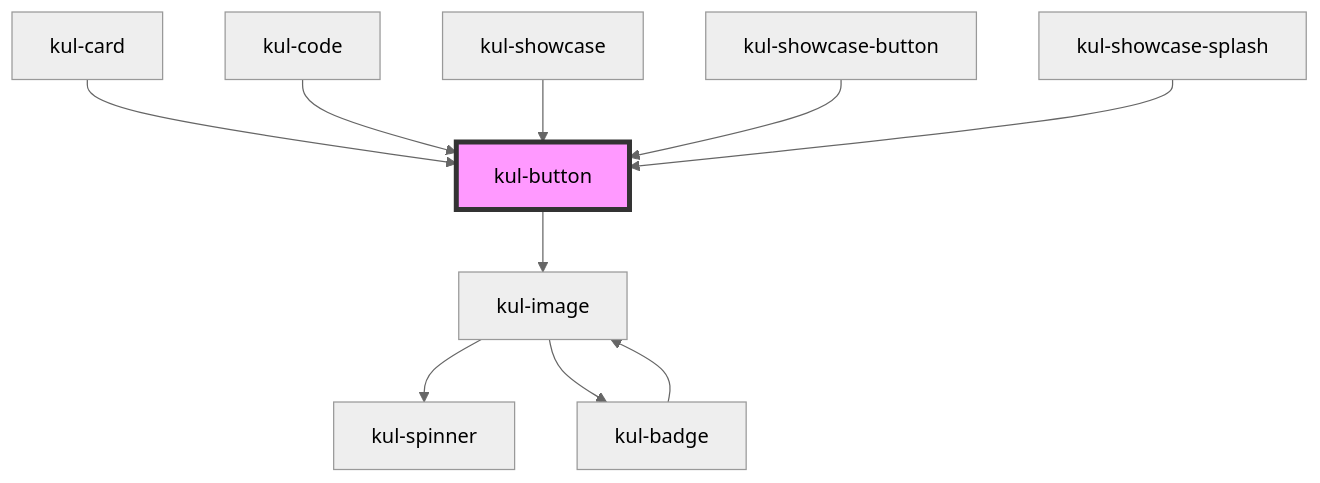
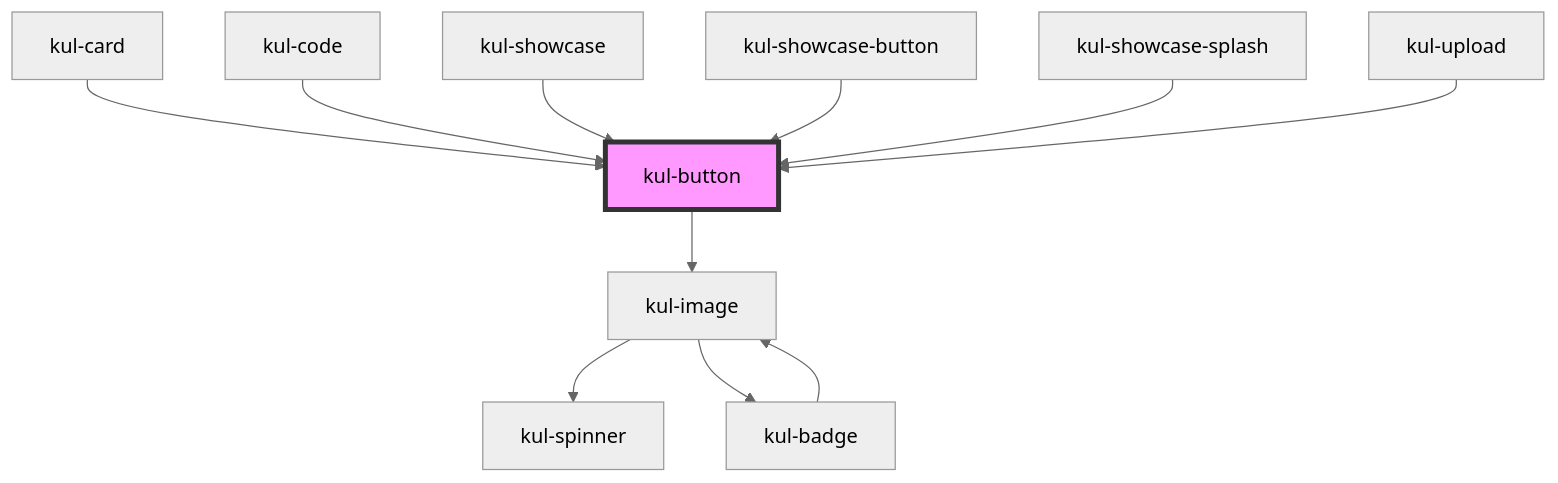
Before and after one commit to smeup/ketchup: the diagram in packages/ketchup-lite/src/components/kul-button/readme.md, drawn with Mermaid (neutral theme). The commit also changed other lines of this file and 15 other files, not shown here.

Commit message:
feat (kul-upload): draft of new component

````diff
--- a/packages/ketchup-lite/src/components/kul-button/readme.md
+++ b/packages/ketchup-lite/src/components/kul-button/readme.md
@@ -151,13 +152,14 @@
 ```mermaid
 graph TD;
   kul-button --> kul-image
   kul-image --> kul-spinner
   kul-image --> kul-badge
   kul-badge --> kul-image
   kul-card --> kul-button
   kul-code --> kul-button
   kul-showcase --> kul-button
   kul-showcase-button --> kul-button
   kul-showcase-splash --> kul-button
+  kul-upload --> kul-button
   style kul-button fill:#f9f,stroke:#333,stroke-width:4px
 ```
````
